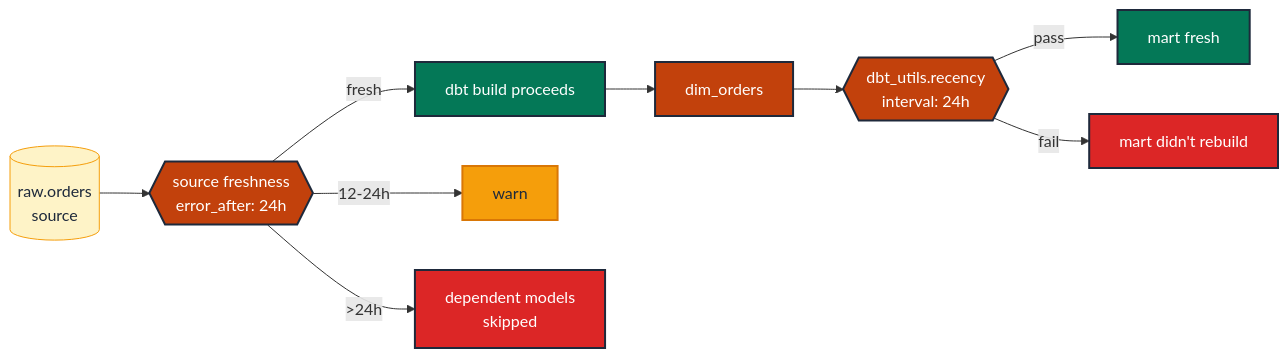
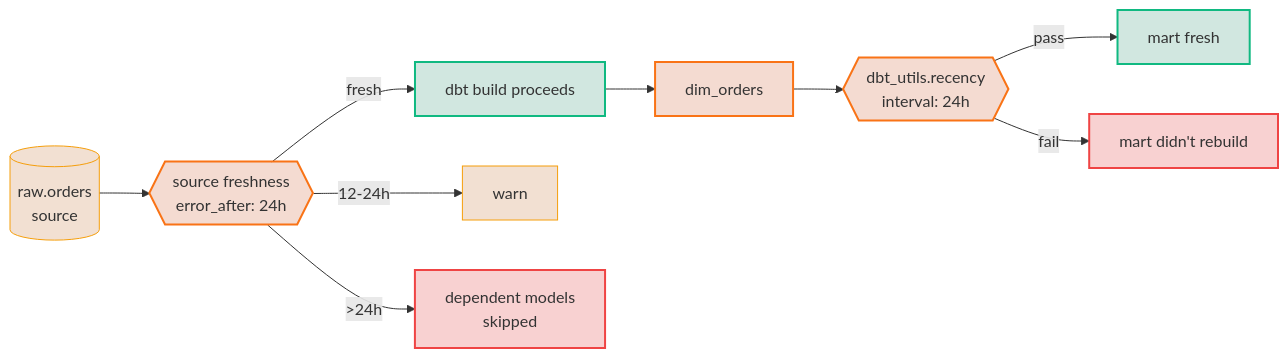
The diagram in docs/guides/testing_taxonomy/time/TM-AU-01-freshness-source-and-model.md (neozenith/dbt-gcp-jaffleshop), drawn with Mermaid before and after one commit. The commit also changed 36 other files, not shown here.

First line of the commit message:
docs(taxonomy): rework guide entry-point + WCAG-AAA dual-theme mermaid palette (#19)

````diff
--- a/docs/guides/testing_taxonomy/time/TM-AU-01-freshness-source-and-model.md
+++ b/docs/guides/testing_taxonomy/time/TM-AU-01-freshness-source-and-model.md
@@ -115,21 +115,21 @@
 ```mermaid
 flowchart LR
     raw[("raw.orders<br/>source")]:::source
 
     raw --> sf{{"source freshness<br/>error_after: 24h"}}:::gate
     sf -- "fresh" --> build["dbt build proceeds"]:::ok
     sf -- "12-24h" --> warn["warn"]:::warning
     sf -- ">24h" --> stop["dependent models<br/>skipped"]:::fail
 
     build --> mart["dim_orders"]:::timePrimary
     mart --> rec{{"dbt_utils.recency<br/>interval: 24h"}}:::gate
     rec -- pass --> ok["mart fresh"]:::ok
     rec -- fail --> mart_stale["mart didn't rebuild"]:::fail
 
-    classDef source       fill:#fef3c7,stroke:#f59e0b,color:#1e293b,stroke-width:1px
-    classDef timePrimary  fill:#c2410c,stroke:#1e293b,color:#fff,stroke-width:2px
-    classDef gate         fill:#c2410c,stroke:#1e293b,color:#fff,stroke-width:2px
-    classDef ok           fill:#047857,stroke:#1e293b,color:#fff,stroke-width:2px
-    classDef warning      fill:#f59e0b,stroke:#d97706,color:#1e293b,stroke-width:2px
-    classDef fail         fill:#dc2626,stroke:#1e293b,color:#fff,stroke-width:2px
+    classDef source fill:#b453092e,stroke:#f59e0b,stroke-width:1px
+    classDef timePrimary fill:#c2410c30,stroke:#f97316,stroke-width:2px
+    classDef gate fill:#c2410c30,stroke:#f97316,stroke-width:2px
+    classDef ok fill:#0478572e,stroke:#10b981,stroke-width:2px
+    classDef warning fill:#b453092e,stroke:#f59e0b,stroke-width:1px
+    classDef fail fill:#dc262636,stroke:#ef4444,stroke-width:2px
 ```
````
